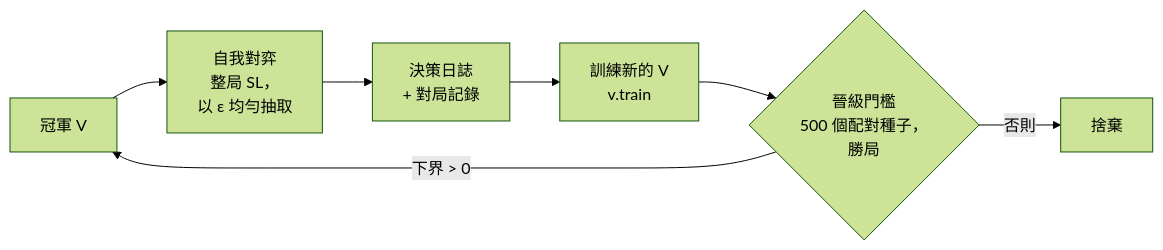
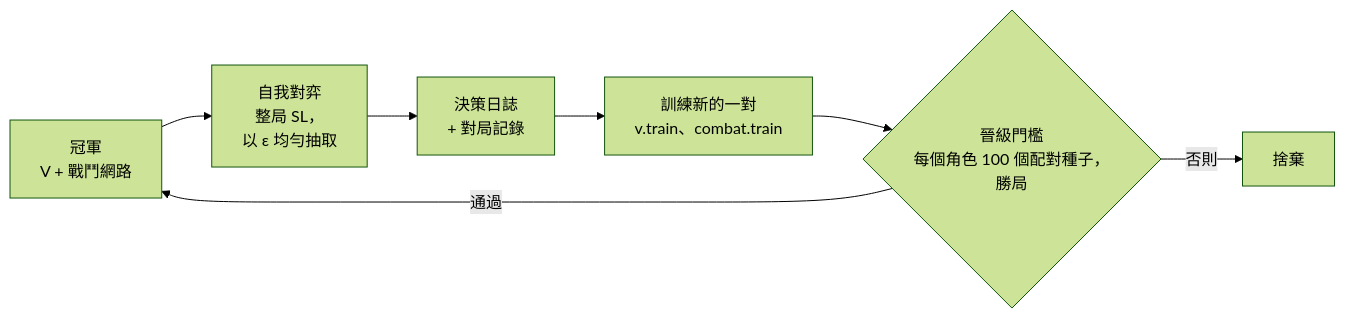
One commit to shinnku-nikaidou/spire-zero changed the diagram in docs/src/content/docs/zh-tw/arch/macro-brain/selfplay.mdx. Above: the diagram before and after it, drawn with Mermaid (forest theme). The commit also changed other lines of this file and 164 other files, not shown here.

````diff
--- a/docs/src/content/docs/zh-tw/arch/macro-brain/selfplay.mdx
+++ b/docs/src/content/docs/zh-tw/arch/macro-brain/selfplay.mdx
@@ -13,9 +13,9 @@
 ```mermaid
 flowchart LR
-  C["冠軍 V"] --> P["自我對弈<br/>整局 SL，<br/>以 ε 均勻抽取"]
+  C["冠軍<br/>V + 戰鬥網路"] --> P["自我對弈<br/>整局 SL，<br/>以 ε 均勻抽取"]
   P --> D["決策日誌<br/>+ 對局記錄"]
-  D --> T["訓練新的 V<br/>v.train"]
-  T --> G{"晉級門檻<br/>500 個配對種子，<br/>勝局"}
-  G -->|"下界 > 0"| C
+  D --> T["訓練新的一對<br/>v.train、combat.train"]
+  T --> G{"晉級門檻<br/>每個角色 100 個配對種子，<br/>勝局"}
+  G -->|"通過"| C
   G -->|"否則"| X["捨棄"]
 ```
````
